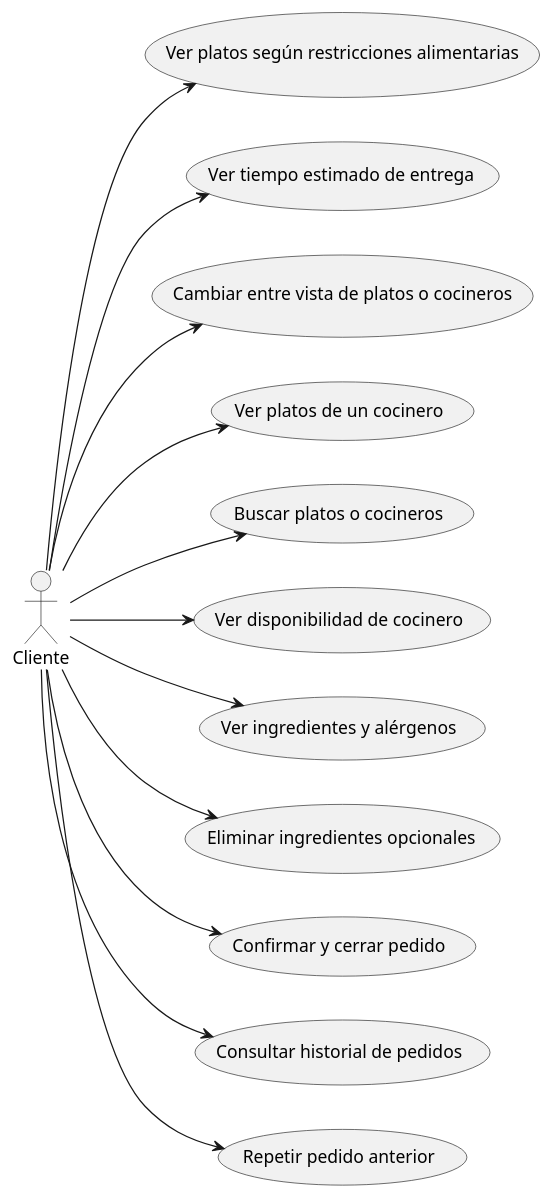
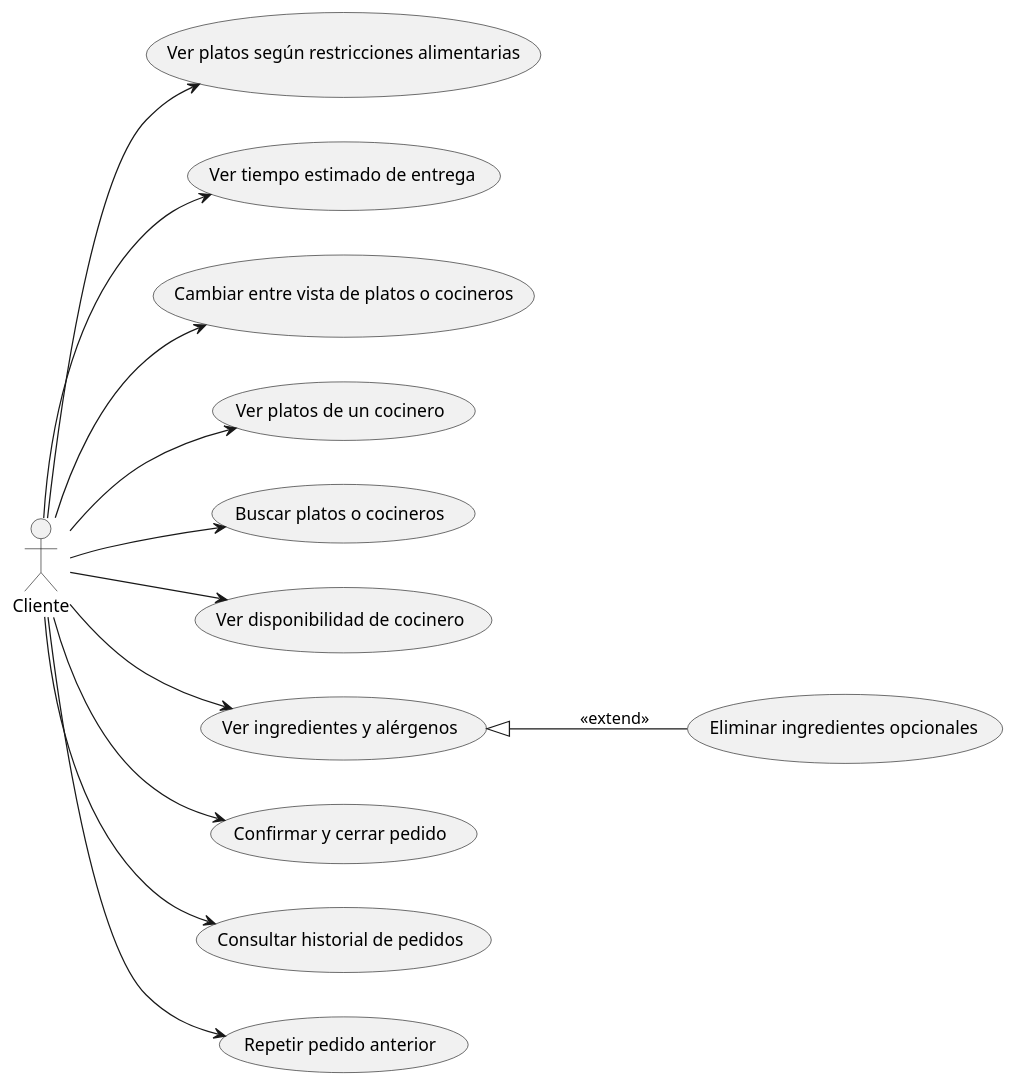
One commit to dabien3/ES25UAB-511-05 changed the diagram in documents/Diagrames Casos d'Us/Code Plantuml/code_bloq2.pUML. Above: the diagram before and after it, drawn with PlantUML.

```diff
--- a/documents/Diagrames Casos d'Us/Code Plantuml/code_bloq2.pUML
+++ b/documents/Diagrames Casos d'Us/Code Plantuml/code_bloq2.pUML
@@ -1,31 +1,33 @@
 @startuml
 left to right direction
 
 actor Cliente
 
 usecase "Ver platos según restricciones alimentarias" as VerPlatosRestricciones
 usecase "Ver tiempo estimado de entrega" as VerTiempoEntrega
 usecase "Cambiar entre vista de platos o cocineros" as CambiarVista
 usecase "Ver platos de un cocinero" as VerPlatosCocinero
 usecase "Buscar platos o cocineros" as Buscar
 usecase "Ver disponibilidad de cocinero" as DisponibilidadCocinero
 usecase "Ver ingredientes y alérgenos" as VerIngredientes
 usecase "Eliminar ingredientes opcionales" as EliminarIngredientes
 usecase "Confirmar y cerrar pedido" as ConfirmarPedido
 usecase "Consultar historial de pedidos" as HistorialPedidos
 usecase "Repetir pedido anterior" as RepetirPedido
 
 
 Cliente --> VerPlatosRestricciones
 Cliente --> VerTiempoEntrega
 Cliente --> CambiarVista
 Cliente --> VerPlatosCocinero
 Cliente --> Buscar
 Cliente --> DisponibilidadCocinero
 Cliente --> VerIngredientes
-Cliente --> EliminarIngredientes
 Cliente --> ConfirmarPedido
 Cliente --> HistorialPedidos
 Cliente --> RepetirPedido
 
+VerIngredientes <|-- EliminarIngredientes : <<extend>>
+
+
 @enduml
```
